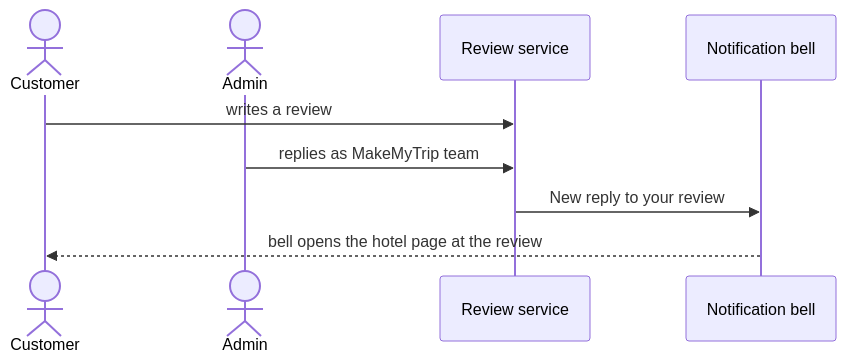
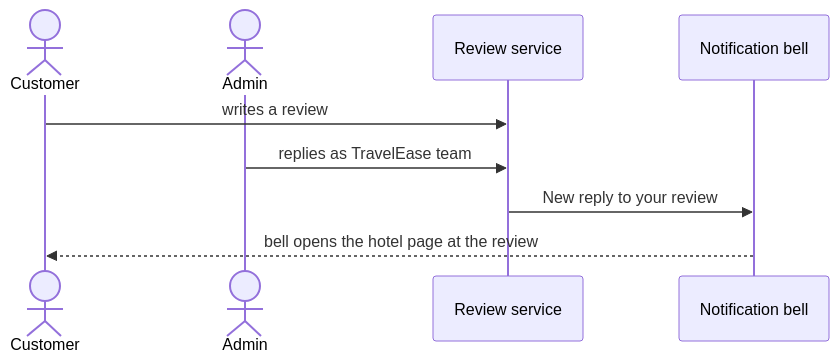
One commit to PawanBhandari03/MakeMyTrip changed the third of 3 diagrams in docs/TASK-4-REVIEWS-RATINGS.md. Above: the diagram before and after it, drawn with Mermaid. The commit also changed 4 other files, not shown here.

First line of the commit message:
Update the README and docs for TravelEase

````diff
--- a/docs/TASK-4-REVIEWS-RATINGS.md
+++ b/docs/TASK-4-REVIEWS-RATINGS.md
@@ -50,12 +50,12 @@
 ```mermaid
 sequenceDiagram
     actor U as Customer
     actor A as Admin
     participant S as Review service
     participant N as Notification bell
 
     U->>S: writes a review
-    A->>S: replies as MakeMyTrip team
+    A->>S: replies as TravelEase team
     S->>N: New reply to your review
     N-->>U: bell opens the hotel page at the review
 ```
````
